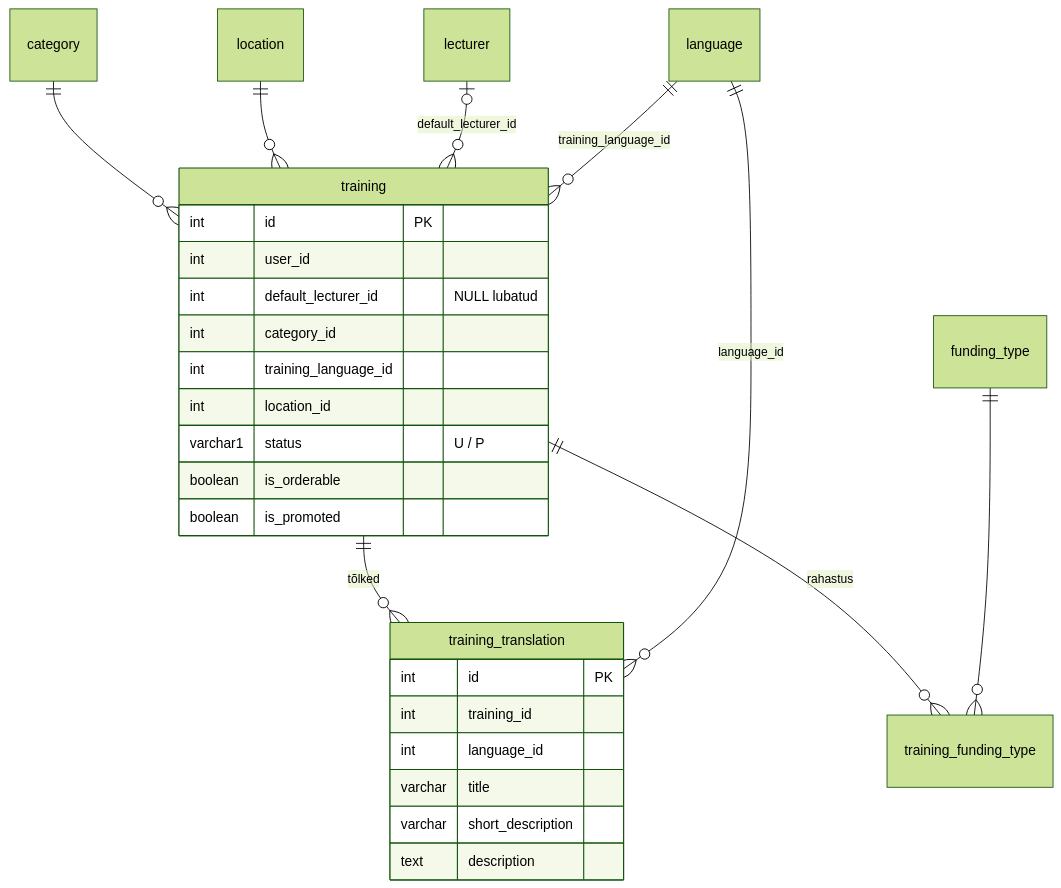
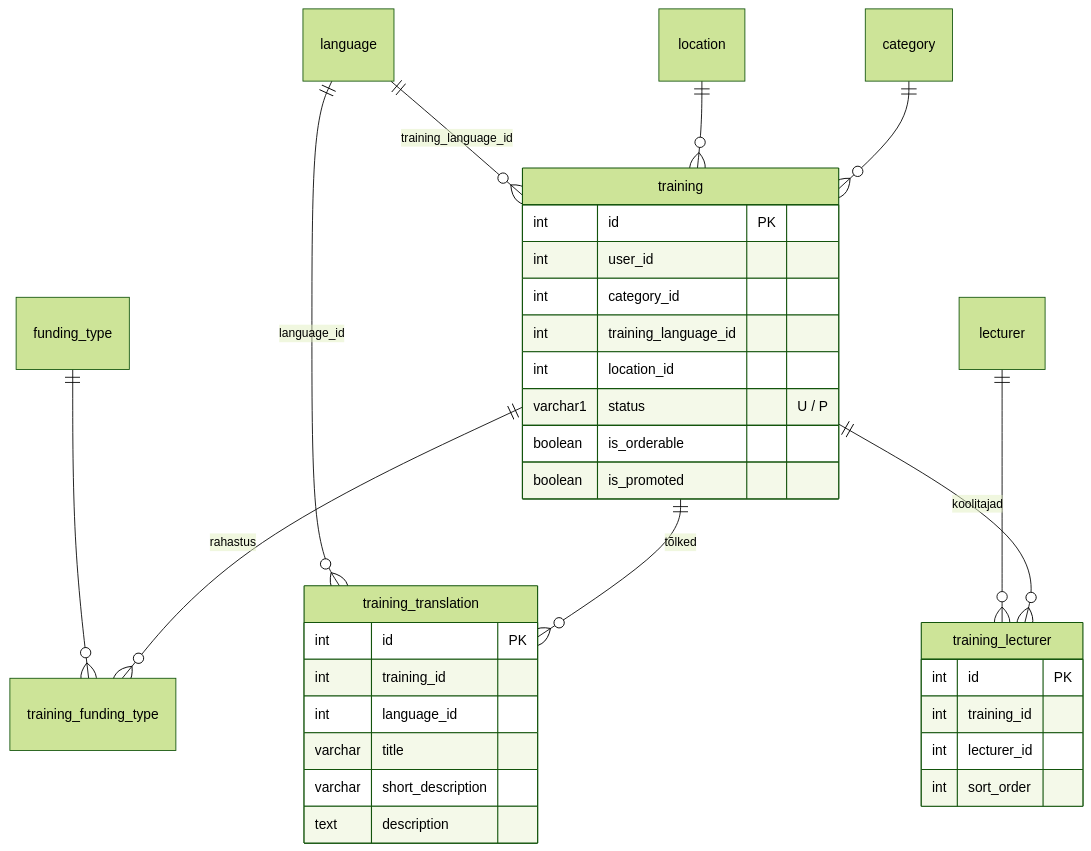
The seventh of 7 diagrams in docs/mock-wireframe/loo-mock-vaade/form-view/training-form-view-skeemid.md (FredLehing/bcs-koolitused), drawn with Mermaid (forest theme) before and after one commit. The commit also changed other lines of this file and 48 other files, not shown here.

````diff
--- a/docs/mock-wireframe/loo-mock-vaade/form-view/training-form-view-skeemid.md
+++ b/docs/mock-wireframe/loo-mock-vaade/form-view/training-form-view-skeemid.md
@@ -290,31 +291,37 @@
 ```mermaid
 erDiagram
     training ||--o{ training_translation : "tõlked"
     training ||--o{ training_funding_type : "rahastus"
     funding_type ||--o{ training_funding_type : ""
     category ||--o{ training : ""
     location ||--o{ training : ""
-    lecturer |o--o{ training : "default_lecturer_id"
+    training ||--o{ training_lecturer : "koolitajad"
+    lecturer ||--o{ training_lecturer : ""
     language ||--o{ training : "training_language_id"
     language ||--o{ training_translation : "language_id"
 
     training {
         int id PK
         int user_id
-        int default_lecturer_id "NULL lubatud"
         int category_id
         int training_language_id
         int location_id
         varchar1 status "U / P"
         boolean is_orderable
         boolean is_promoted
+    }
+    training_lecturer {
+        int id PK
+        int training_id
+        int lecturer_id
+        int sort_order
     }
     training_translation {
         int id PK
         int training_id
         int language_id
         varchar title
         varchar short_description
         text description
     }
 ```
````
